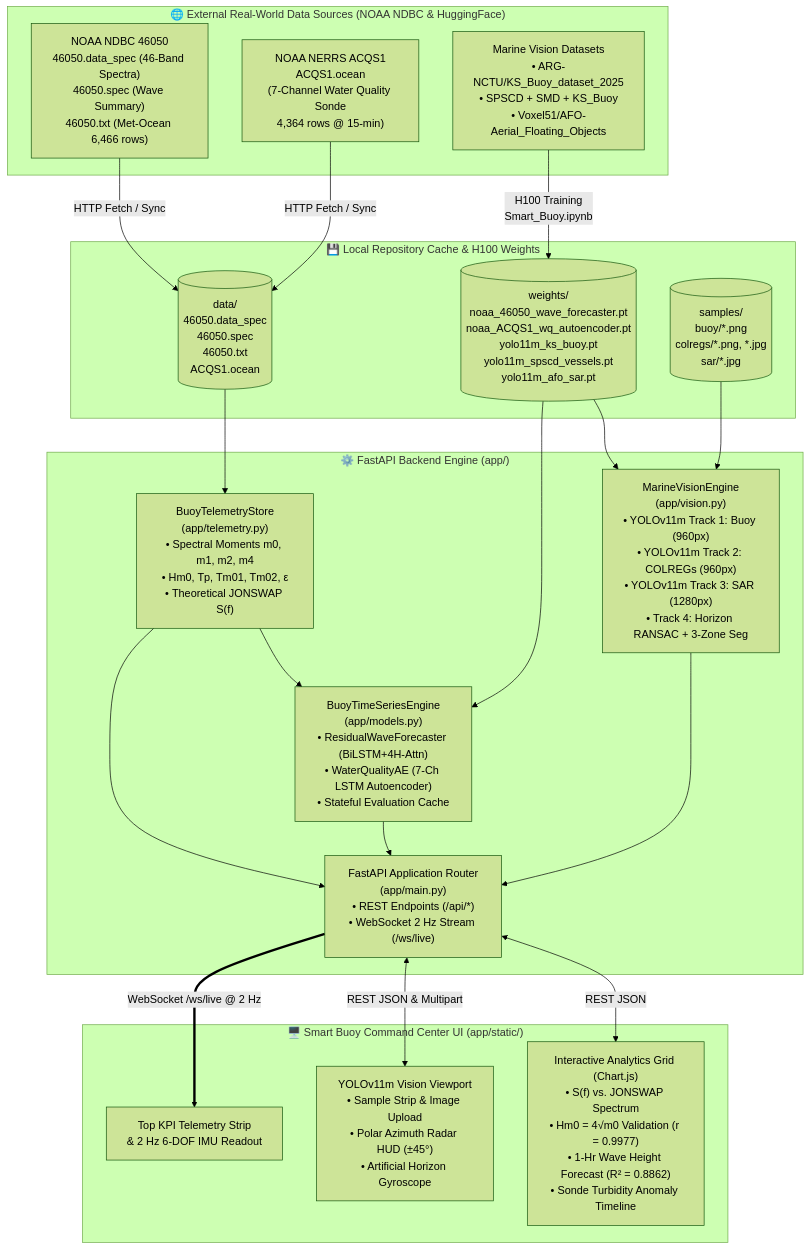
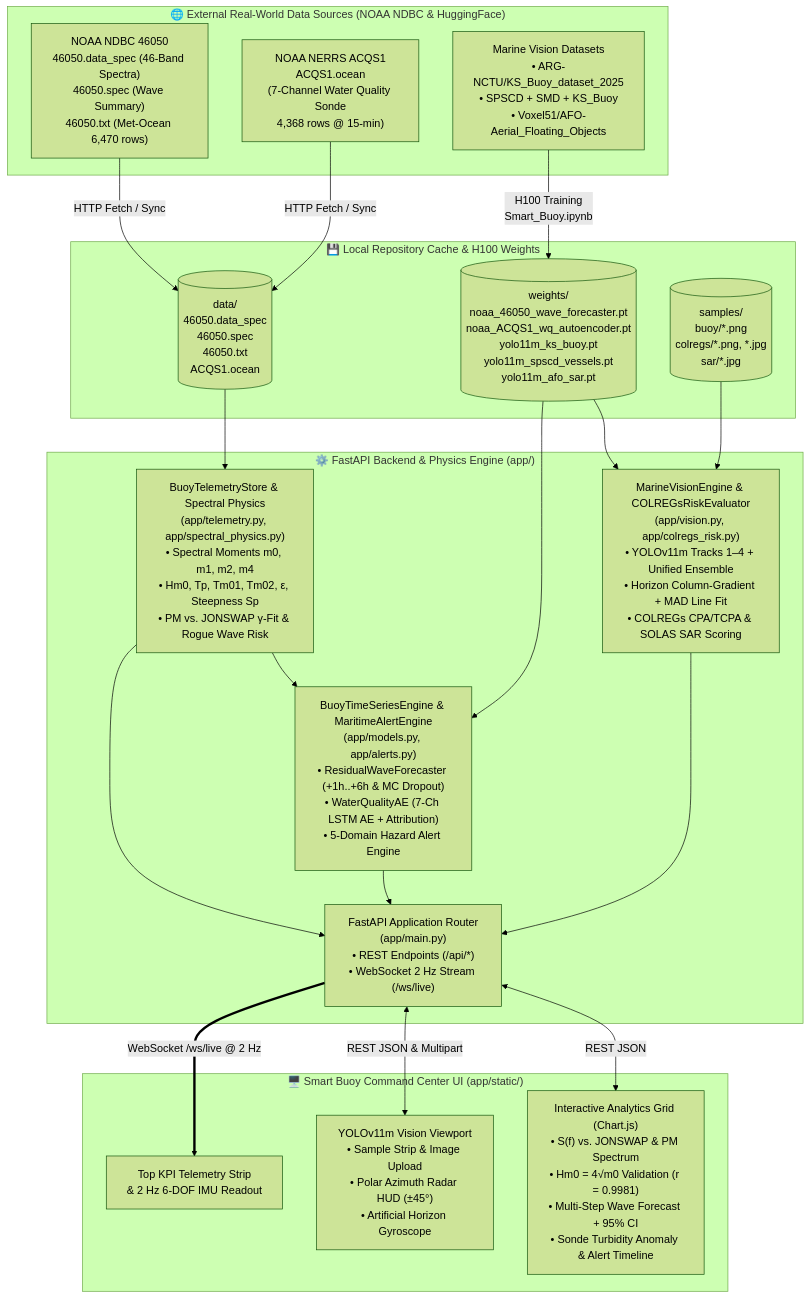
The first of 3 diagrams in docs/ARCHITECTURE.md (Amandeep-Tridel/smart-buoy), drawn with Mermaid (forest theme) before and after one commit. The commit also changed other lines of this file and 24 other files, not shown here.

Commit message:
Harden NOAA refresh validation, 16-bit TIFF vision decoding, ensemble sample route & thread safety

````diff
--- a/docs/ARCHITECTURE.md
+++ b/docs/ARCHITECTURE.md
@@ -18,45 +18,45 @@
 ```mermaid
 flowchart TB
     subgraph NOAA["🌐 External Real-World Data Sources (NOAA NDBC & HuggingFace)"]
-        N1["NOAA NDBC 46050\n46050.data_spec (46-Band Spectra)\n46050.spec (Wave Summary)\n46050.txt (Met-Ocean 6,466 rows)"]
-        N2["NOAA NERRS ACQS1\nACQS1.ocean\n(7-Channel Water Quality Sonde\n4,364 rows @ 15-min)"]
+        N1["NOAA NDBC 46050\n46050.data_spec (46-Band Spectra)\n46050.spec (Wave Summary)\n46050.txt (Met-Ocean 6,470 rows)"]
+        N2["NOAA NERRS ACQS1\nACQS1.ocean\n(7-Channel Water Quality Sonde\n4,368 rows @ 15-min)"]
         N3["Marine Vision Datasets\n• ARG-NCTU/KS_Buoy_dataset_2025\n• SPSCD + SMD + KS_Buoy\n• Voxel51/AFO-Aerial_Floating_Objects"]
     end
 
     subgraph Storage["💾 Local Repository Cache & H100 Weights"]
         D1[("data/\n46050.data_spec\n46050.spec\n46050.txt\nACQS1.ocean")]
         W1[("weights/\nnoaa_46050_wave_forecaster.pt\nnoaa_ACQS1_wq_autoencoder.pt\nyolo11m_ks_buoy.pt\nyolo11m_spscd_vessels.pt\nyolo11m_afo_sar.pt")]
         S1[("samples/\nbuoy/*.png\ncolregs/*.png, *.jpg\nsar/*.jpg")]
     end
 
-    subgraph Backend["⚙️ FastAPI Backend Engine (app/)"]
-        T1["BuoyTelemetryStore\n(app/telemetry.py)\n• Spectral Moments m0, m1, m2, m4\n• Hm0, Tp, Tm01, Tm02, ε\n• Theoretical JONSWAP S(f)"]
-        M1["BuoyTimeSeriesEngine\n(app/models.py)\n• ResidualWaveForecaster (BiLSTM+4H-Attn)\n• WaterQualityAE (7-Ch LSTM Autoencoder)\n• Stateful Evaluation Cache"]
-        V1["MarineVisionEngine\n(app/vision.py)\n• YOLOv11m Track 1: Buoy (960px)\n• YOLOv11m Track 2: COLREGs (960px)\n• YOLOv11m Track 3: SAR (1280px)\n• Track 4: Horizon RANSAC + 3-Zone Seg"]
+    subgraph Backend["⚙️ FastAPI Backend & Physics Engine (app/)"]
+        T1["BuoyTelemetryStore & Spectral Physics\n(app/telemetry.py, app/spectral_physics.py)\n• Spectral Moments m0, m1, m2, m4\n• Hm0, Tp, Tm01, Tm02, ε, Steepness Sp\n• PM vs. JONSWAP γ-Fit & Rogue Wave Risk"]
+        M1["BuoyTimeSeriesEngine & MaritimeAlertEngine\n(app/models.py, app/alerts.py)\n• ResidualWaveForecaster (+1h..+6h & MC Dropout)\n• WaterQualityAE (7-Ch LSTM AE + Attribution)\n• 5-Domain Hazard Alert Engine"]
+        V1["MarineVisionEngine & COLREGsRiskEvaluator\n(app/vision.py, app/colregs_risk.py)\n• YOLOv11m Tracks 1–4 + Unified Ensemble\n• Horizon Column-Gradient + MAD Line Fit\n• COLREGs CPA/TCPA & SOLAS SAR Scoring"]
         API["FastAPI Application Router\n(app/main.py)\n• REST Endpoints (/api/*)\n• WebSocket 2 Hz Stream (/ws/live)"]
     end
 
     subgraph Frontend["🖥️ Smart Buoy Command Center UI (app/static/)"]
         UI1["Top KPI Telemetry Strip\n& 2 Hz 6-DOF IMU Readout"]
         UI2["YOLOv11m Vision Viewport\n• Sample Strip & Image Upload\n• Polar Azimuth Radar HUD (±45°)\n• Artificial Horizon Gyroscope"]
-        UI3["Interactive Analytics Grid (Chart.js)\n• S(f) vs. JONSWAP Spectrum\n• Hm0 = 4√m0 Validation (r = 0.9977)\n• 1-Hr Wave Height Forecast (R² = 0.8862)\n• Sonde Turbidity Anomaly Timeline"]
+        UI3["Interactive Analytics Grid (Chart.js)\n• S(f) vs. JONSWAP & PM Spectrum\n• Hm0 = 4√m0 Validation (r = 0.9981)\n• Multi-Step Wave Forecast + 95% CI\n• Sonde Turbidity Anomaly & Alert Timeline"]
     end
 
     N1 -->|HTTP Fetch / Sync| D1
     N2 -->|HTTP Fetch / Sync| D1
     N3 -->|H100 Training\nSmart_Buoy.ipynb| W1
 
     D1 --> T1
     T1 --> M1
     W1 --> M1
     W1 --> V1
     S1 --> V1
 
     T1 --> API
     M1 --> API
     V1 --> API
 
     API <-->|REST JSON & Multipart| UI2
     API <-->|REST JSON| UI3
     API ==>|WebSocket /ws/live @ 2 Hz| UI1
 ```
````
